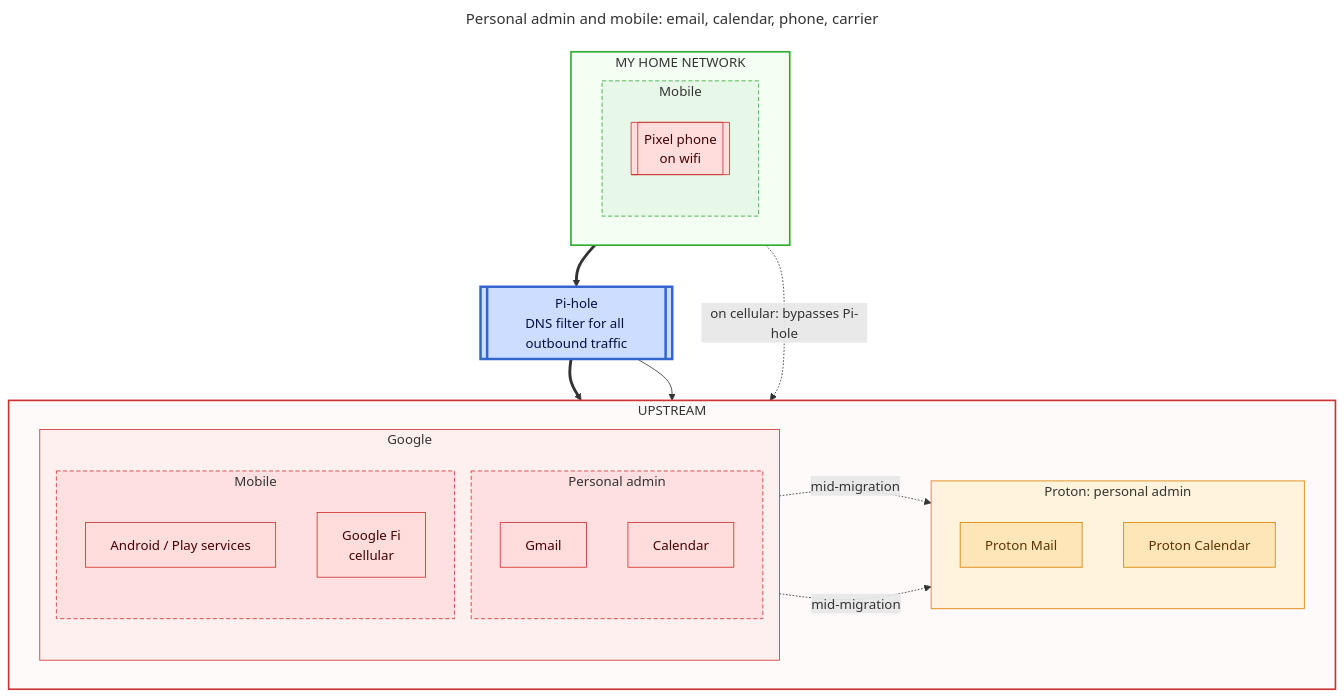
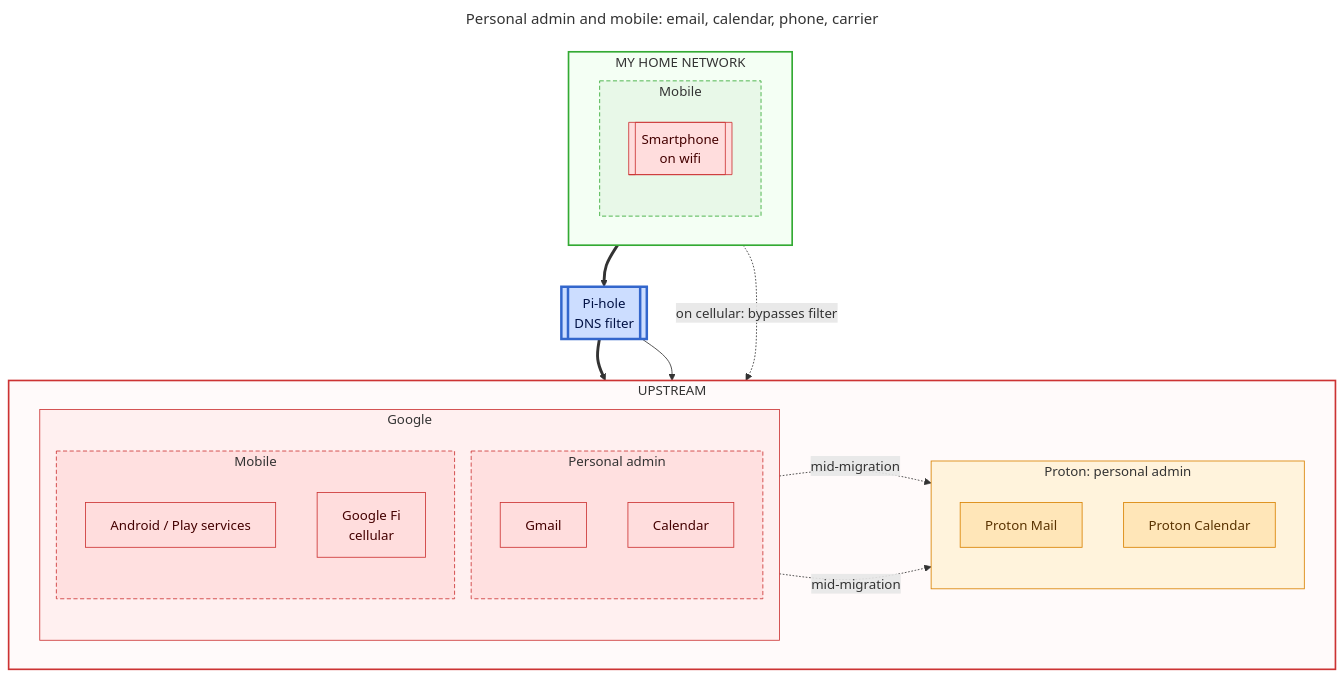
The third of 3 diagrams in README.md (lowlydba/torch-the-tech), drawn with Mermaid before and after one commit. The commit also changed other lines of this file, not shown here.

````diff
--- a/README.md
+++ b/README.md
@@ -174,64 +174,64 @@
 ```mermaid
 ---
 title: "Personal admin and mobile: email, calendar, phone, carrier"
 ---
 flowchart TB
     subgraph home["MY HOME NETWORK"]
         direction LR
 
         subgraph h_mobile["Mobile"]
             direction TB
-            pixel[[Pixel phone<br/>on wifi]]
+            pixel[[Smartphone<br/>on wifi]]
         end
     end
 
-    pihole[[Pi-hole<br/>DNS filter for all outbound traffic]]
+    pihole[[Pi-hole<br/>DNS filter]]
 
     subgraph out["UPSTREAM"]
         direction LR
 
         subgraph google["Google"]
             direction TB
 
             subgraph g_admin["Personal admin"]
                 gmail[Gmail]
                 gcal[Calendar]
             end
 
             subgraph g_mobile["Mobile"]
                 gapps[Android / Play services]
                 fi[Google Fi<br/>cellular]
             end
         end
 
         subgraph proton["Proton: personal admin"]
             direction TB
             pmail[Proton Mail]
             pcal[Proton Calendar]
         end
     end
 
     h_mobile ==> pihole
     pihole ==> google
     pihole --> proton
 
-    pixel -. "on cellular: bypasses Pi-hole" .-> fi
+    pixel -. "on cellular: bypasses filter" .-> fi
     gmail -. "mid-migration" .-> pmail
     gcal -. "mid-migration" .-> pcal
 
     classDef big fill:#fdd,stroke:#c33,color:#400
     classDef self fill:#dfd,stroke:#3a3,color:#040
     classDef gate fill:#cdf,stroke:#36c,stroke-width:3px,color:#014
     classDef hosted fill:#ffe6b8,stroke:#d98200,color:#5a3300
     class gmail,gcal,gapps,fi big
     class pmail,pcal hosted
     class pixel big
     class pihole gate
     style home fill:#f4fff4,stroke:#3a3,stroke-width:2px
     style out fill:#fffafa,stroke:#c33,stroke-width:2px
     style h_mobile fill:#e8f8e8,stroke:#3a3,stroke-dasharray: 5 3
     style google fill:#fff0f0,stroke:#c33
     style g_admin fill:#ffe0e0,stroke:#c33,stroke-dasharray: 5 3
     style g_mobile fill:#ffe0e0,stroke:#c33,stroke-dasharray: 5 3
     style proton fill:#fff3dc,stroke:#d98200
 ```
````
